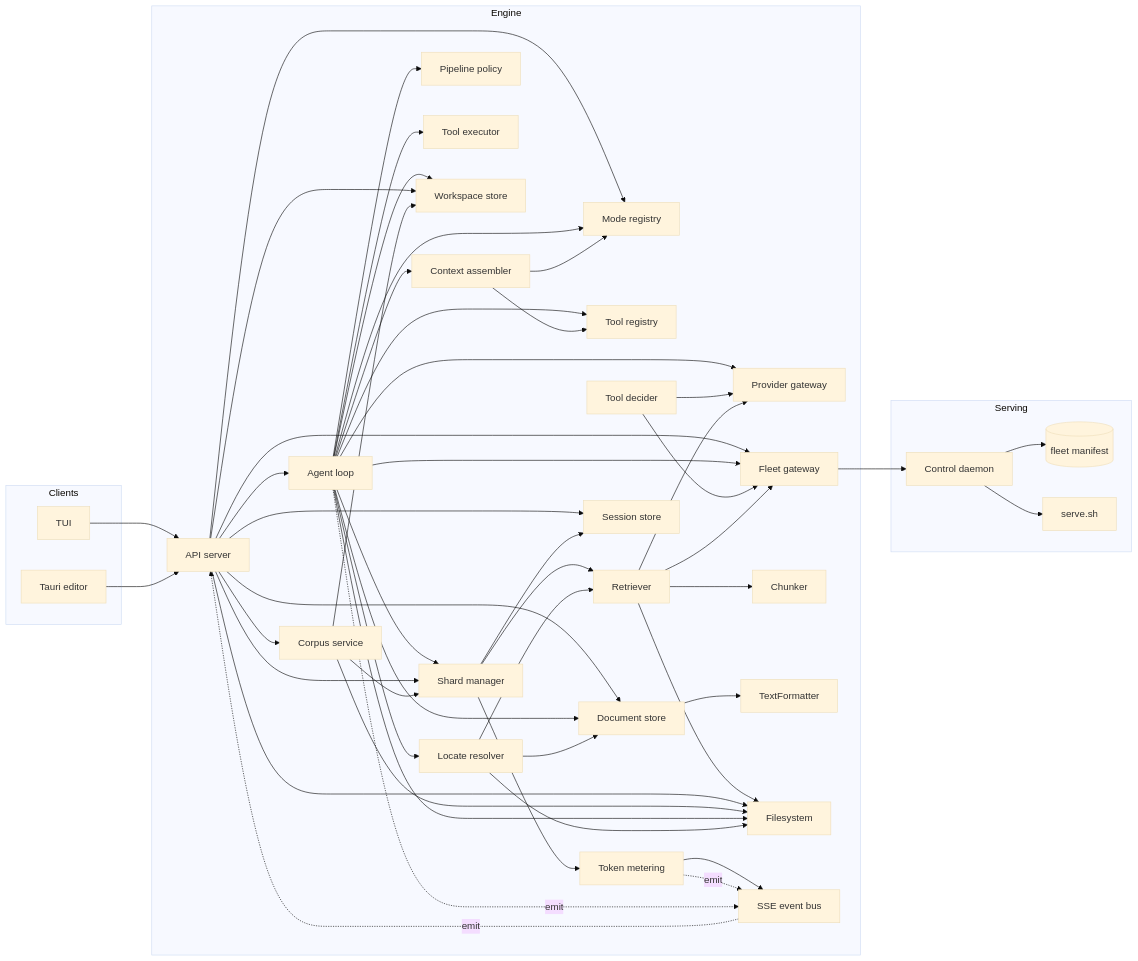
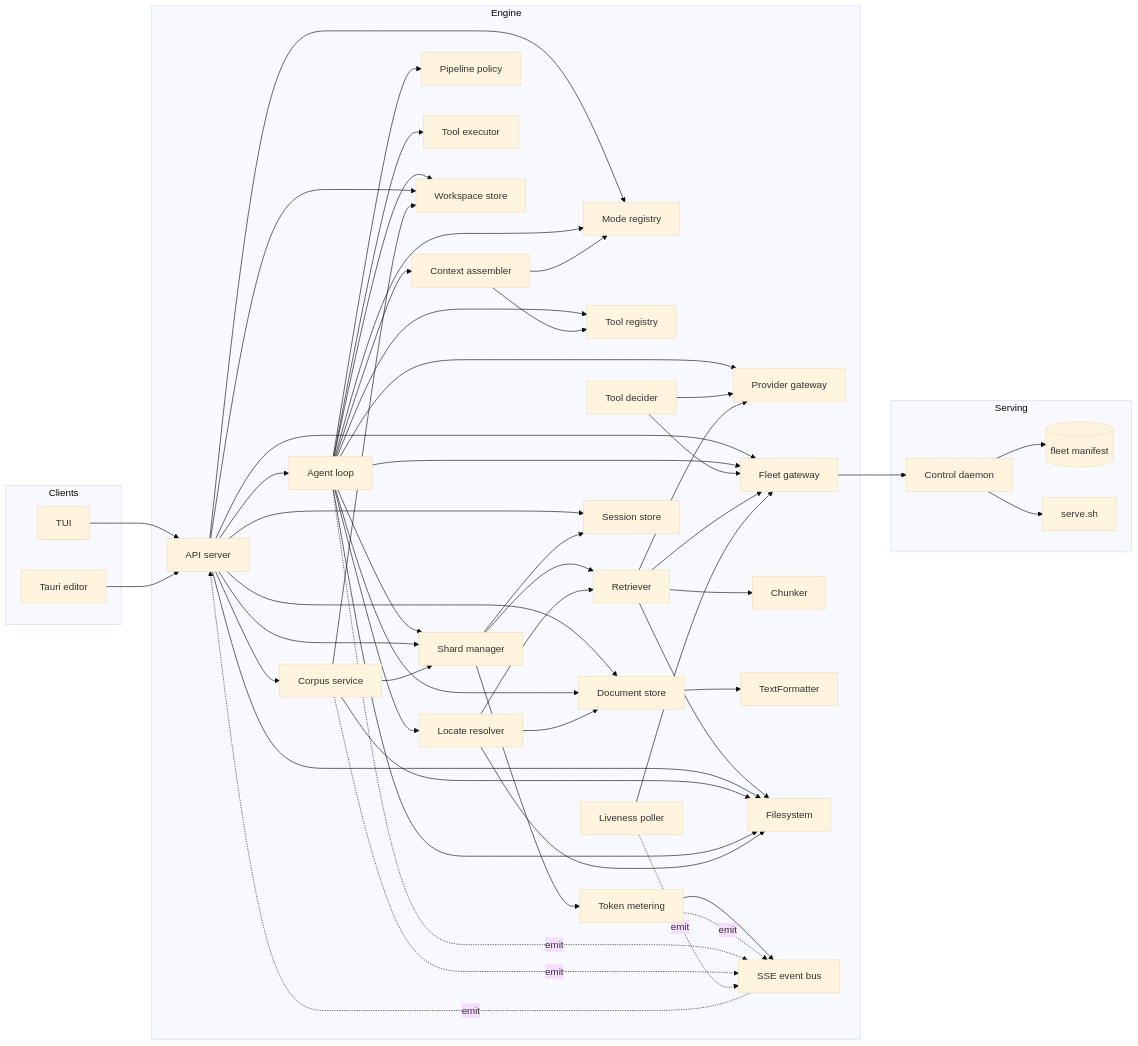
The diagram in docs/writing-assistant/contracts/module-boundaries.md (Snorre98/texteditor), drawn with Mermaid (base theme) before and after one commit. The commit also changed other lines of this file and 51 other files, not shown here.

````diff
--- a/docs/writing-assistant/contracts/module-boundaries.md
+++ b/docs/writing-assistant/contracts/module-boundaries.md
@@ -94,6 +95,7 @@
         Corpus[Corpus service]
         Locate[Locate resolver]
         Bus[SSE event bus]
+        Poller[Liveness poller]
     end
     subgraph serving[Serving]
         Daemon[Control daemon]
@@ -149,4 +151,7 @@
     Bus -.emit.-> API
     Meter -.emit.-> Bus
     Loop -.emit.-> Bus
+    Corpus -.emit.-> Bus
+    Poller --> Fleet
+    Poller -.emit.-> Bus
 ```
````
